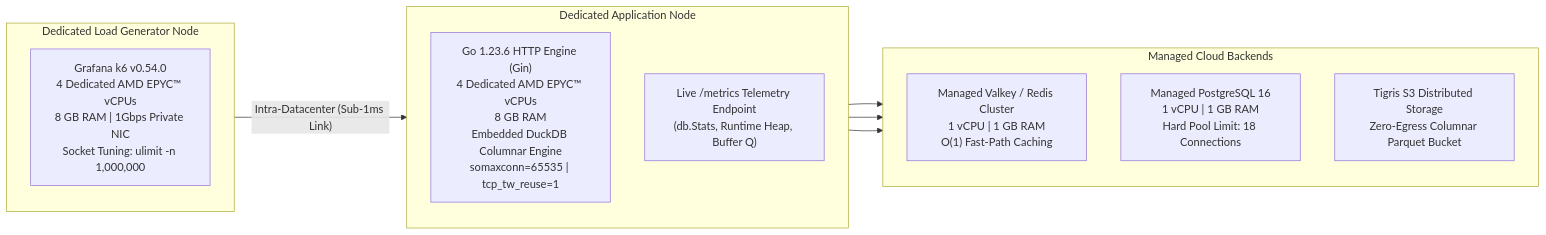
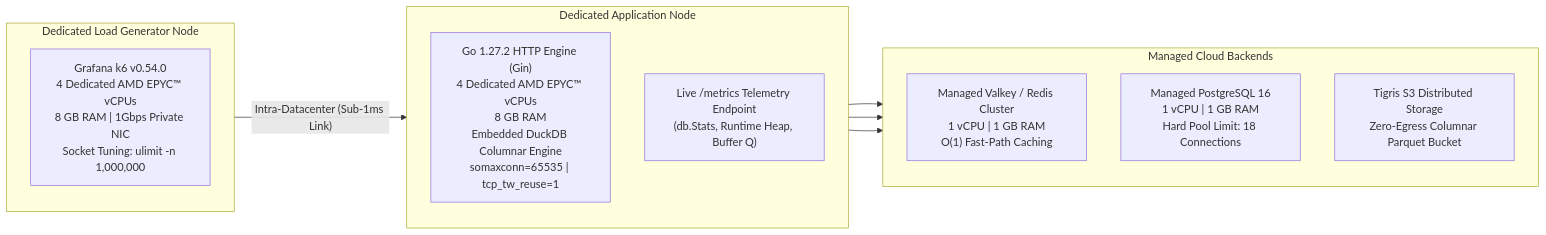
Before and after one commit to BasavarajMuttagi/url-shortner-go-server: the first of 2 diagrams in BENCHMARKS.md, drawn with Mermaid. The commit also changed other lines of this file and 2 other files, not shown here.

Commit message:
docs: align Go version to 1.27.2 and correct technology stack references across docs

````diff
--- a/BENCHMARKS.md
+++ b/BENCHMARKS.md
@@ -35,25 +35,25 @@
 ```mermaid
 flowchart LR
     subgraph K6Node["Dedicated Load Generator Node"]
         direction TB
         K6["Grafana k6 v0.54.0<br/>4 Dedicated AMD EPYC™ vCPUs<br/>8 GB RAM | 1Gbps Private NIC<br/>Socket Tuning: ulimit -n 1,000,000"]
     end
 
     subgraph AppNode["Dedicated Application Node"]
         direction TB
-        CORE["Go 1.23.6 HTTP Engine (Gin)<br/>4 Dedicated AMD EPYC™ vCPUs<br/>8 GB RAM<br/>Embedded DuckDB Columnar Engine<br/>somaxconn=65535 | tcp_tw_reuse=1"]
+        CORE["Go 1.27.2 HTTP Engine (Gin)<br/>4 Dedicated AMD EPYC™ vCPUs<br/>8 GB RAM<br/>Embedded DuckDB Columnar Engine<br/>somaxconn=65535 | tcp_tw_reuse=1"]
         TELEMETRY["Live /metrics Telemetry Endpoint<br/>(db.Stats, Runtime Heap, Buffer Q)"]
     end
 
     subgraph ManagedServices["Managed Cloud Backends"]
         direction TB
         VALKEY["Managed Valkey / Redis Cluster<br/>1 vCPU | 1 GB RAM<br/>O(1) Fast-Path Caching"]
         PG["Managed PostgreSQL 16<br/>1 vCPU | 1 GB RAM<br/>Hard Pool Limit: 18 Connections"]
         S3["Tigris S3 Distributed Storage<br/>Zero-Egress Columnar Parquet Bucket"]
     end
 
     K6Node -->|"Intra-Datacenter (Sub-1ms Link)"| AppNode
     AppNode --> VALKEY
     AppNode --> PG
     AppNode --> S3
 ```
````
